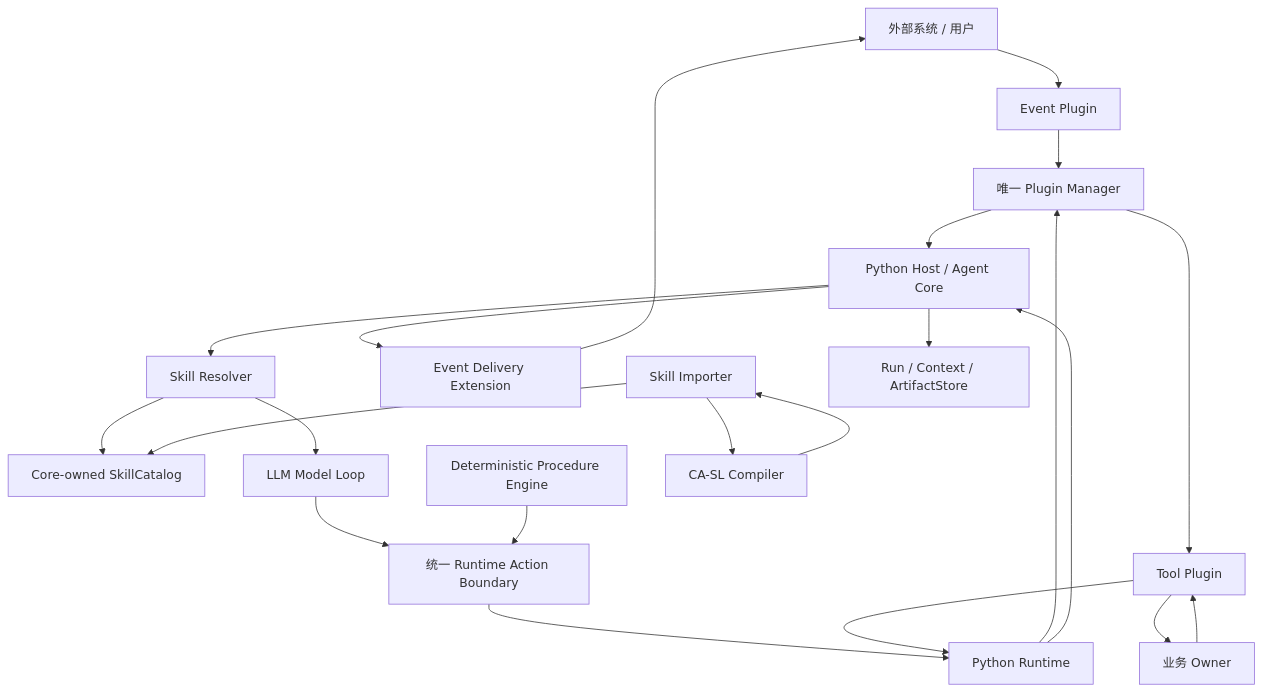
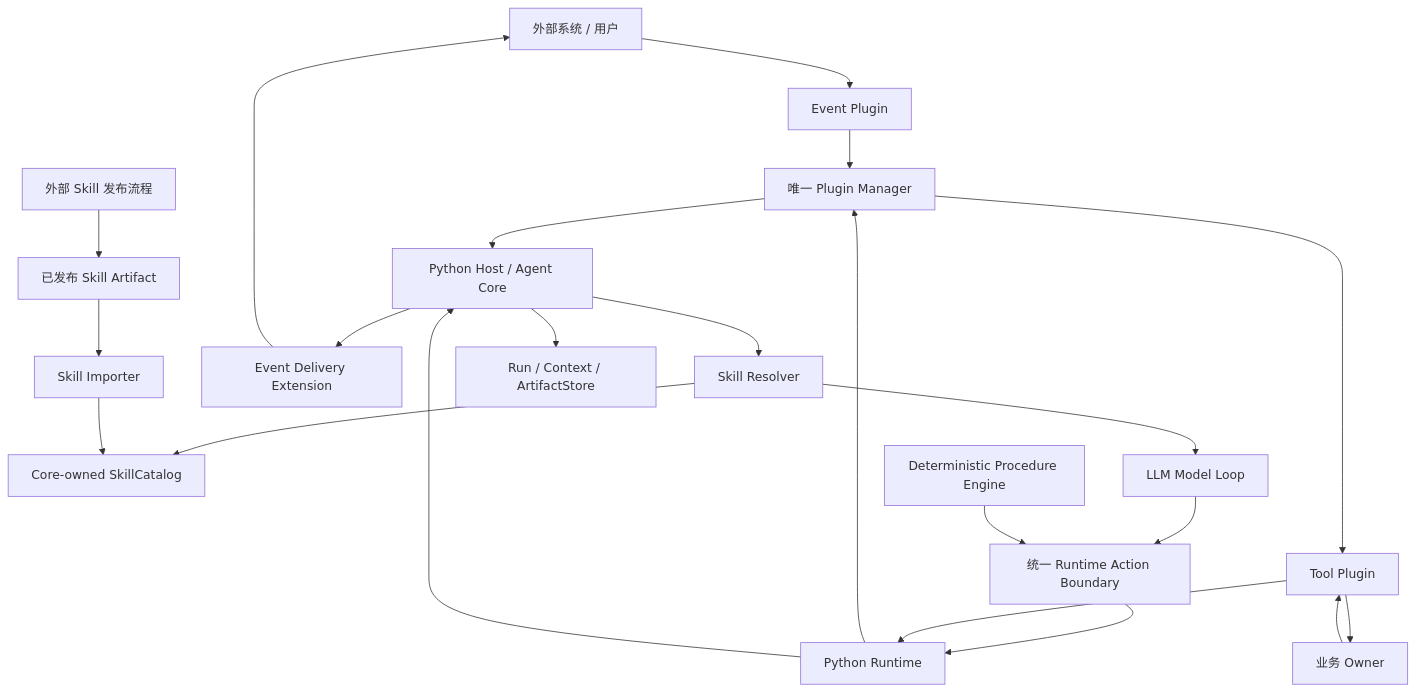
The first of 2 diagrams in docs/架构设计/CA Agent Next 架构设计.md (odango-chan/ca-agent-next), drawn with Mermaid before and after one commit. The commit also changed other lines of this file, not shown here.

Commit message:
docs: align architecture with published Artifact consumption

```diff
--- a/docs/架构设计/CA Agent Next 架构设计.md
+++ b/docs/架构设计/CA Agent Next 架构设计.md
@@ -57,24 +50,24 @@
 ~~~mermaid
 flowchart TB
   EXT[外部系统 / 用户] --> EP[Event Plugin]
   EP --> PM[唯一 Plugin Manager]
   PM --> HOST[Python Host / Agent Core]
   HOST --> RES[Skill Resolver]
   RES --> CAT[Core-owned SkillCatalog]
   RES --> LOOP[LLM Model Loop]
   LOOP --> ACTION[统一 Runtime Action Boundary]
   PROC[Deterministic Procedure Engine] --> ACTION
   ACTION --> RT[Python Runtime]
   RT --> PM
   PM --> TP[Tool Plugin]
   TP --> OWNER[业务 Owner]
   OWNER --> TP
   TP --> RT
   RT --> HOST
   HOST --> DP[Event Delivery Extension]
   DP --> EXT
-  IMP[Skill Importer] --> CAT
-  IMP --> COMP[CA-SL Compiler]
-  COMP --> IMP
+  PUB[外部 Skill 发布流程] --> ART[已发布 Skill Artifact]
+  ART --> IMP[Skill Importer]
+  IMP --> CAT
   HOST --> STORE[Run / Context / ArtifactStore]
 ~~~
```
